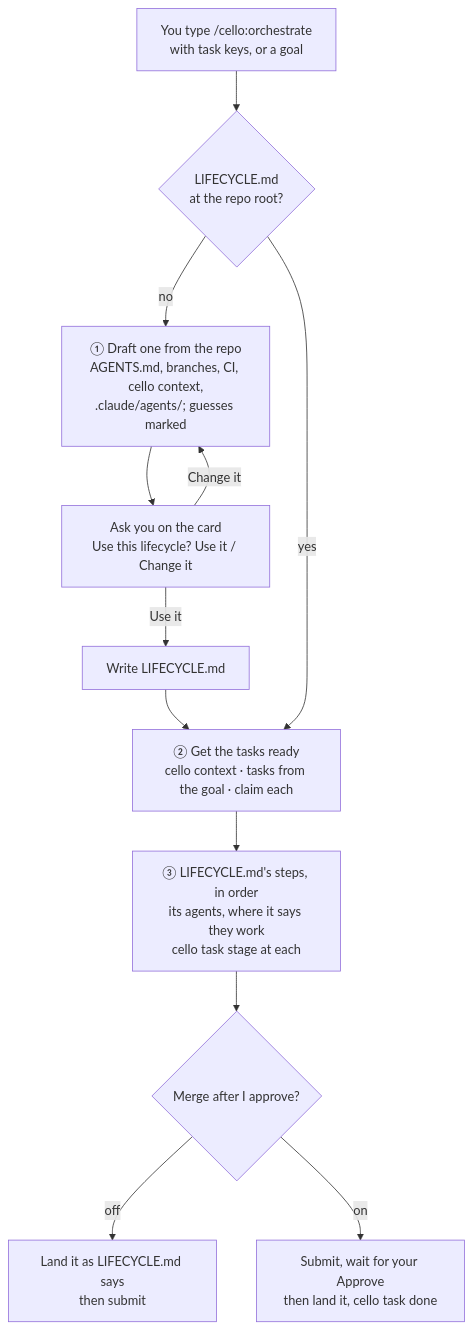
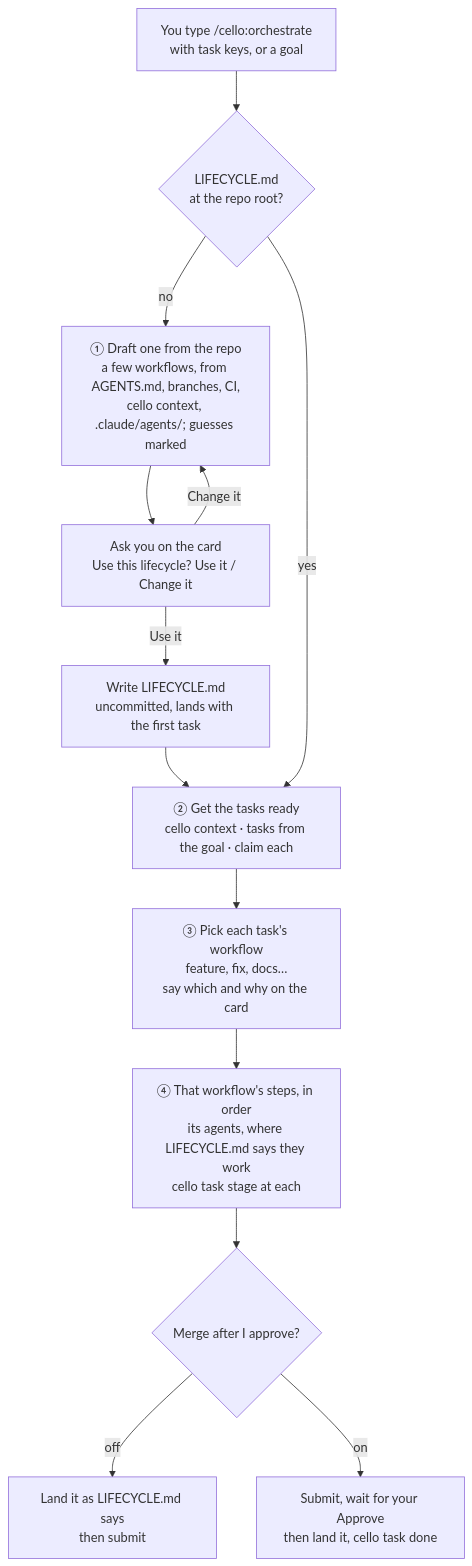
The first of 3 diagrams in docs/claude-plugin.md (lnmunhoz/cello), drawn with Mermaid before and after one commit. The commit also changed other lines of this file and 8 other files, not shown here.

First line of the commit message:
feat(plugin): LIFECYCLE.md lists named workflows; orchestrate picks one per task and says which on the card (CEL-168)

````diff
--- a/docs/claude-plugin.md
+++ b/docs/claude-plugin.md
@@ -40,14 +40,15 @@
 ```mermaid
 flowchart TD
     A["You type /cello:orchestrate<br/>with task keys, or a goal"] --> B{"LIFECYCLE.md<br/>at the repo root?"}
-    B -->|no| D["① Draft one from the repo<br/>AGENTS.md, branches, CI, cello context,<br/>.claude/agents/; guesses marked"]
+    B -->|no| D["① Draft one from the repo<br/>a few workflows, from AGENTS.md, branches, CI,<br/>cello context, .claude/agents/; guesses marked"]
     D --> Q["Ask you on the card<br/>Use this lifecycle? Use it / Change it"]
     Q -->|Change it| D
-    Q -->|Use it| W["Write LIFECYCLE.md"]
+    Q -->|Use it| W["Write LIFECYCLE.md<br/>uncommitted, lands with the first task"]
     W --> C
     B -->|yes| C["② Get the tasks ready<br/>cello context · tasks from the goal · claim each"]
-    C --> S["③ LIFECYCLE.md's steps, in order<br/>its agents, where it says they work<br/>cello task stage at each"]
+    C --> P["③ Pick each task's workflow<br/>feature, fix, docs…<br/>say which and why on the card"]
+    P --> S["④ That workflow's steps, in order<br/>its agents, where LIFECYCLE.md says they work<br/>cello task stage at each"]
     S --> M{"Merge after I approve?"}
     M -->|off| L1["Land it as LIFECYCLE.md says<br/>then submit"]
     M -->|on| L2["Submit, wait for your Approve<br/>then land it, cello task done"]
 ```
````
